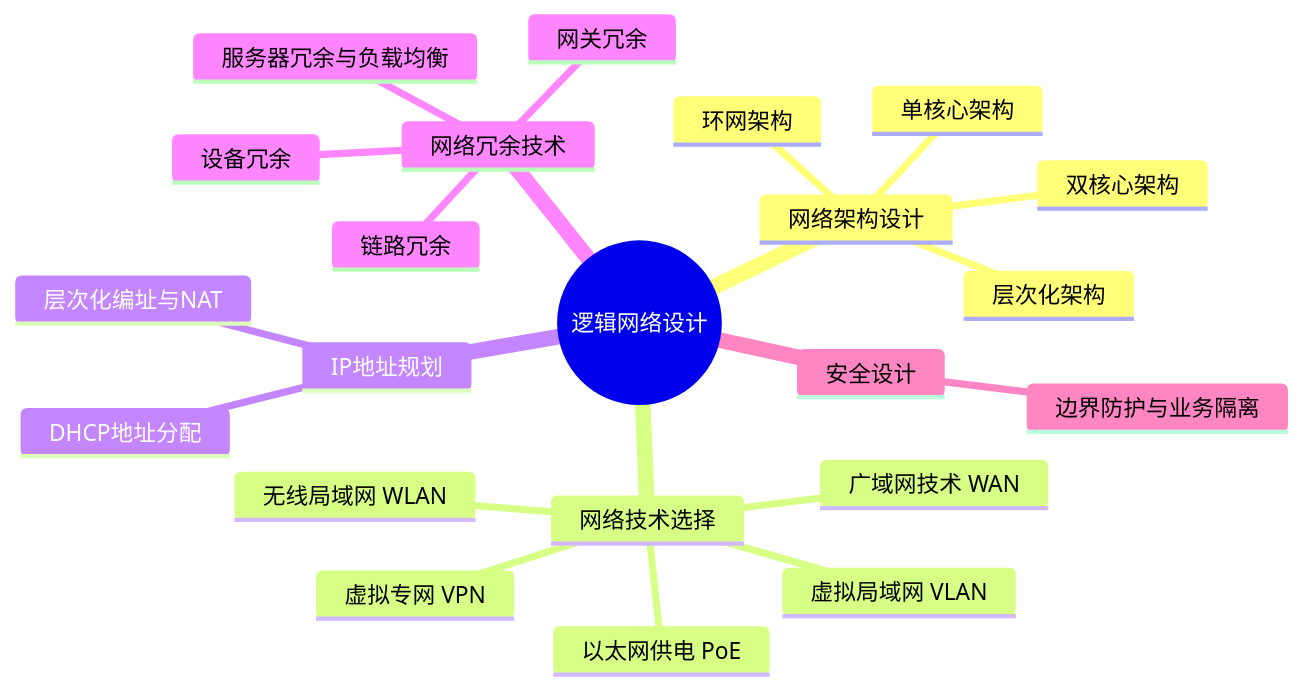
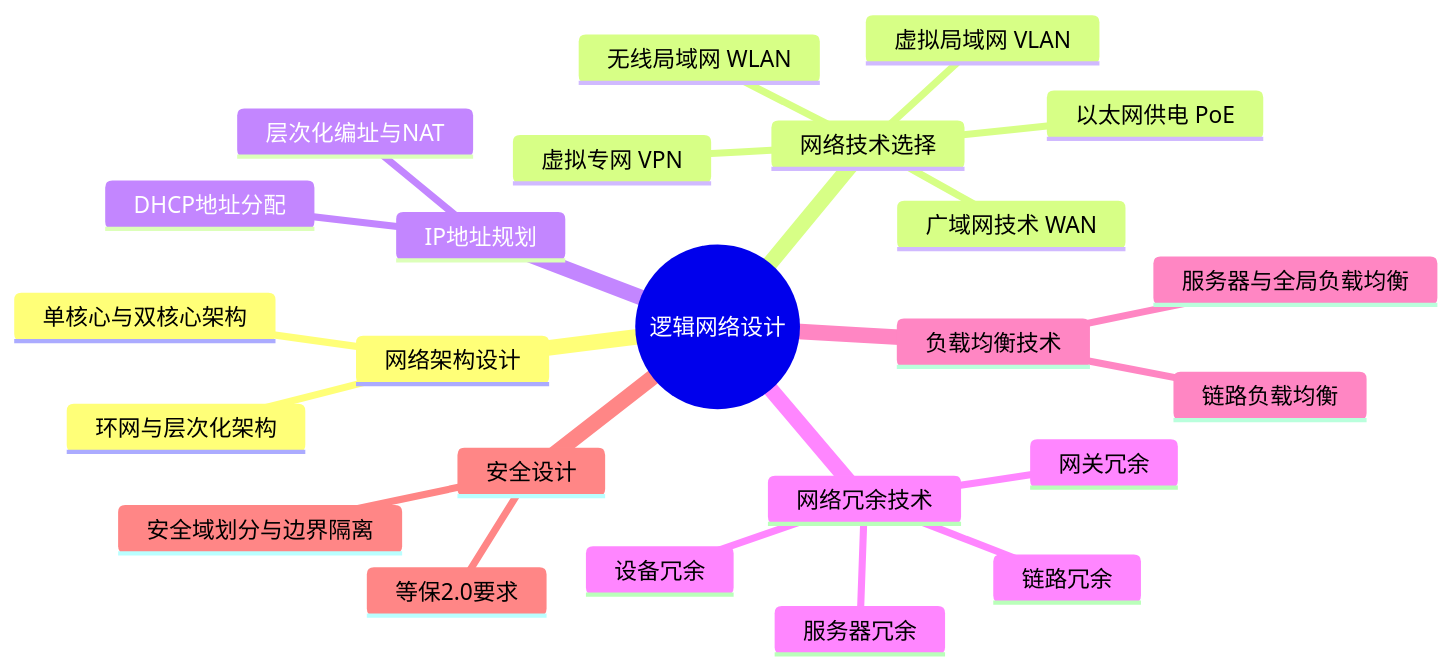
The diagram in 05_logical_network_design.md (silverbulle/Network_Planning_and_Design), drawn with Mermaid before and after one commit. The commit also changed other lines of this file, not shown here.

````diff
--- a/05_logical_network_design.md
+++ b/05_logical_network_design.md
@@ -5,25 +5,27 @@
 ```mermaid
 mindmap
   root((逻辑网络设计))
     网络架构设计
-      单核心架构
-      双核心架构
-      环网架构
-      层次化架构
+      单核心与双核心架构
+      环网与层次化架构
     网络技术选择
       虚拟局域网 VLAN
       无线局域网 WLAN
       广域网技术 WAN
       虚拟专网 VPN
       以太网供电 PoE
     IP地址规划
       层次化编址与NAT
       DHCP地址分配
     网络冗余技术
       设备冗余
       链路冗余
       网关冗余
-      服务器冗余与负载均衡
+      服务器冗余
+    负载均衡技术
+      链路负载均衡
+      服务器与全局负载均衡
     安全设计
-      边界防护与业务隔离
+      安全域划分与边界隔离
+      等保2.0要求
 ```
````
